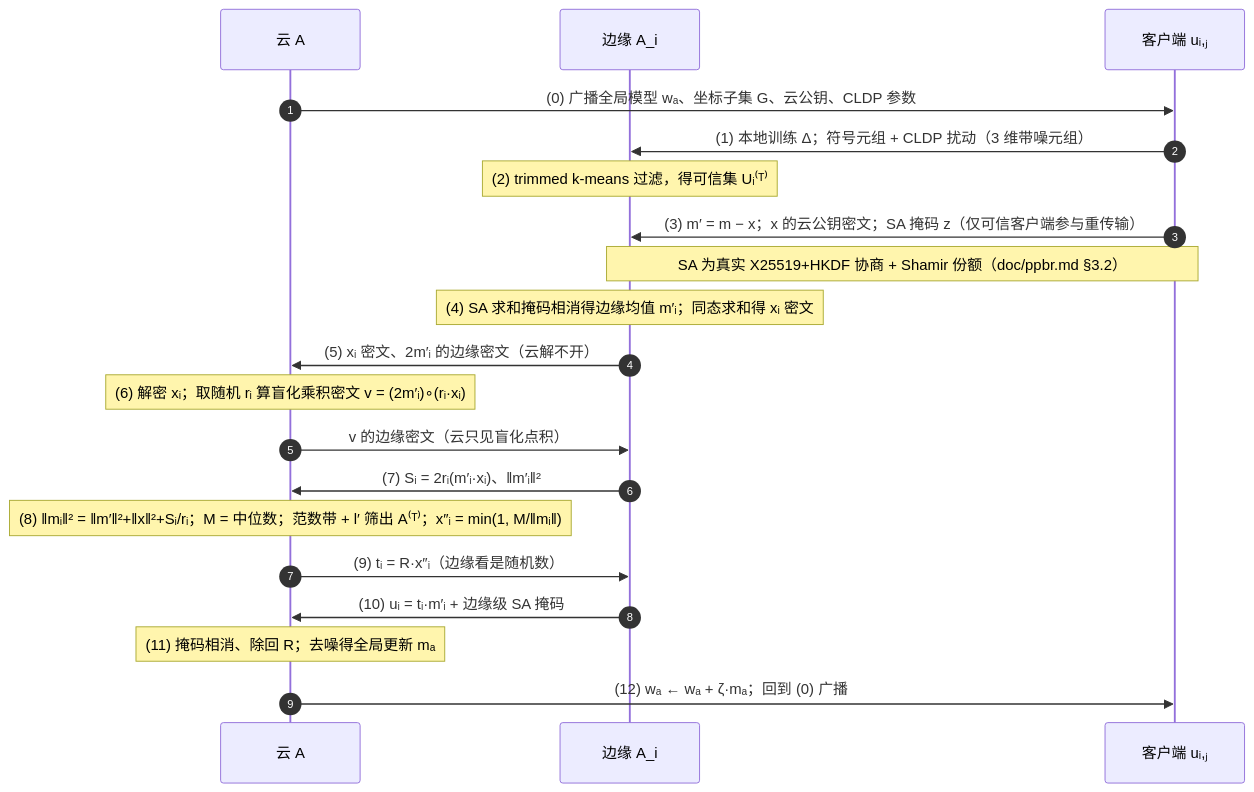
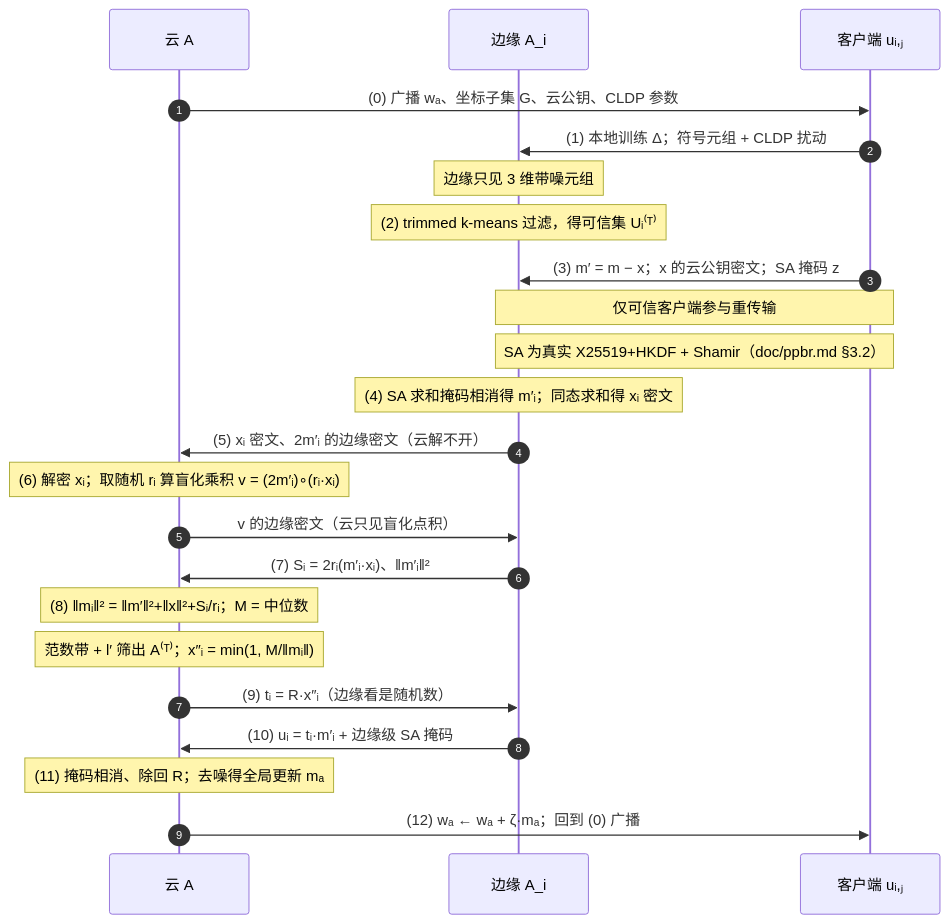
One commit to SZY12021130/HFL-Attack changed the diagram in README.md. Above: the diagram before and after it, drawn with Mermaid.

Commit message:
docs(readme): 时序图字体放大至 16px（对齐正文），长 Note 拆行防缩放
- mermaid init 指令注入 themeVariables：fontSize/actorFontSize/
  messageFontSize/noteFontSize 均 16px，与 GitHub 正文字号一致
- 过长 Note（步骤 3、8 及 SA 注释）拆为多条短行：放大后 SVG 宽度受控，
  避免被容器 max-width 等比缩回小字号

````diff
--- a/README.md
+++ b/README.md
@@ -195,23 +195,27 @@
 ```mermaid
+%%{init: {'themeVariables': {'fontSize': '16px', 'actorFontSize': '16px', 'messageFontSize': '16px', 'noteFontSize': '16px'}}}%%
 sequenceDiagram
     autonumber
     participant C as 云 A
     participant E as 边缘 A_i
     participant U as 客户端 uᵢ,ⱼ
 
-    C->>U: (0) 广播全局模型 wₐ、坐标子集 G、云公钥、CLDP 参数
-    U->>E: (1) 本地训练 Δ；符号元组 + CLDP 扰动（3 维带噪元组）
+    C->>U: (0) 广播 wₐ、坐标子集 G、云公钥、CLDP 参数
+    U->>E: (1) 本地训练 Δ；符号元组 + CLDP 扰动
+    Note over E: 边缘只见 3 维带噪元组
     Note over E: (2) trimmed k-means 过滤，得可信集 Uᵢ⁽ᵀ⁾
-    U->>E: (3) m′ = m − x；x 的云公钥密文；SA 掩码 z（仅可信客户端参与重传输）
-    Note over U,E: SA 为真实 X25519+HKDF 协商 + Shamir 份额（doc/ppbr.md §3.2）
-    Note over E: (4) SA 求和掩码相消得边缘均值 m′ᵢ；同态求和得 xᵢ 密文
+    U->>E: (3) m′ = m − x；x 的云公钥密文；SA 掩码 z
+    Note over U,E: 仅可信客户端参与重传输
+    Note over U,E: SA 为真实 X25519+HKDF + Shamir（doc/ppbr.md §3.2）
+    Note over E: (4) SA 求和掩码相消得 m′ᵢ；同态求和得 xᵢ 密文
     E->>C: (5) xᵢ 密文、2m′ᵢ 的边缘密文（云解不开）
-    Note over C: (6) 解密 xᵢ；取随机 rᵢ 算盲化乘积密文 v = (2m′ᵢ)∘(rᵢ·xᵢ)
+    Note over C: (6) 解密 xᵢ；取随机 rᵢ 算盲化乘积 v = (2m′ᵢ)∘(rᵢ·xᵢ)
     C->>E: v 的边缘密文（云只见盲化点积）
     E->>C: (7) Sᵢ = 2rᵢ(m′ᵢ·xᵢ)、‖m′ᵢ‖²
-    Note over C: (8) ‖mᵢ‖² = ‖m′‖²+‖x‖²+Sᵢ/rᵢ；M = 中位数；范数带 + l′ 筛出 A⁽ᵀ⁾；x″ᵢ = min(1, M/‖mᵢ‖)
+    Note over C: (8) ‖mᵢ‖² = ‖m′‖²+‖x‖²+Sᵢ/rᵢ；M = 中位数
+    Note over C: 范数带 + l′ 筛出 A⁽ᵀ⁾；x″ᵢ = min(1, M/‖mᵢ‖)
     C->>E: (9) tᵢ = R·x″ᵢ（边缘看是随机数）
     E->>C: (10) uᵢ = tᵢ·m′ᵢ + 边缘级 SA 掩码
     Note over C: (11) 掩码相消、除回 R；去噪得全局更新 mₐ
     C->>U: (12) wₐ ← wₐ + ζ·mₐ；回到 (0) 广播
 ```
````
